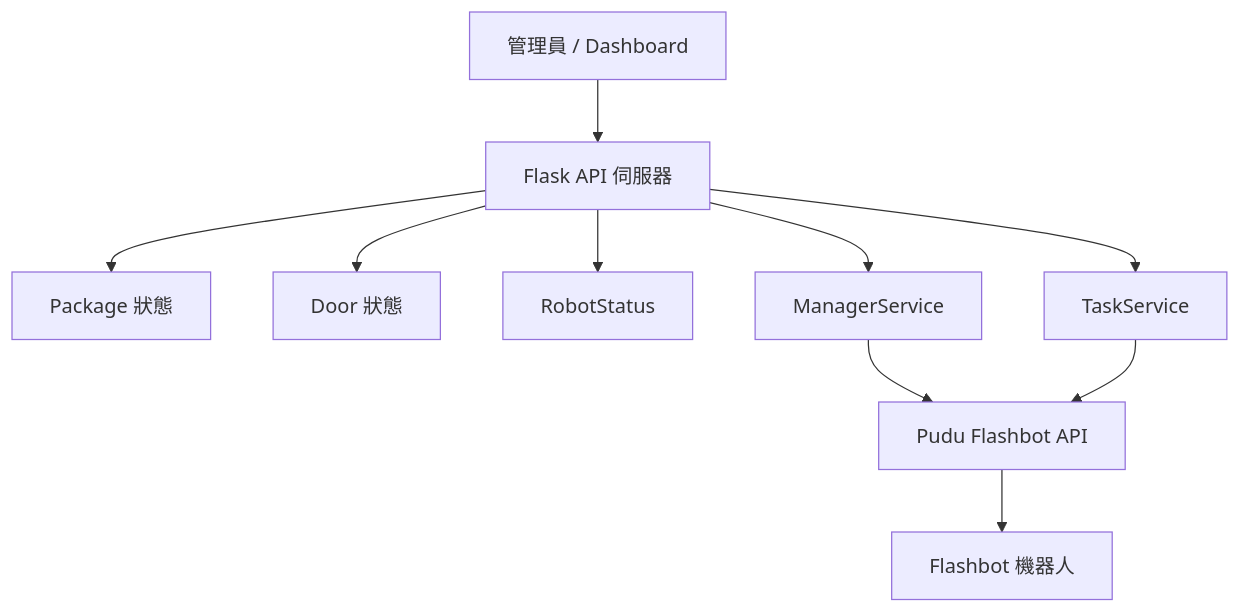
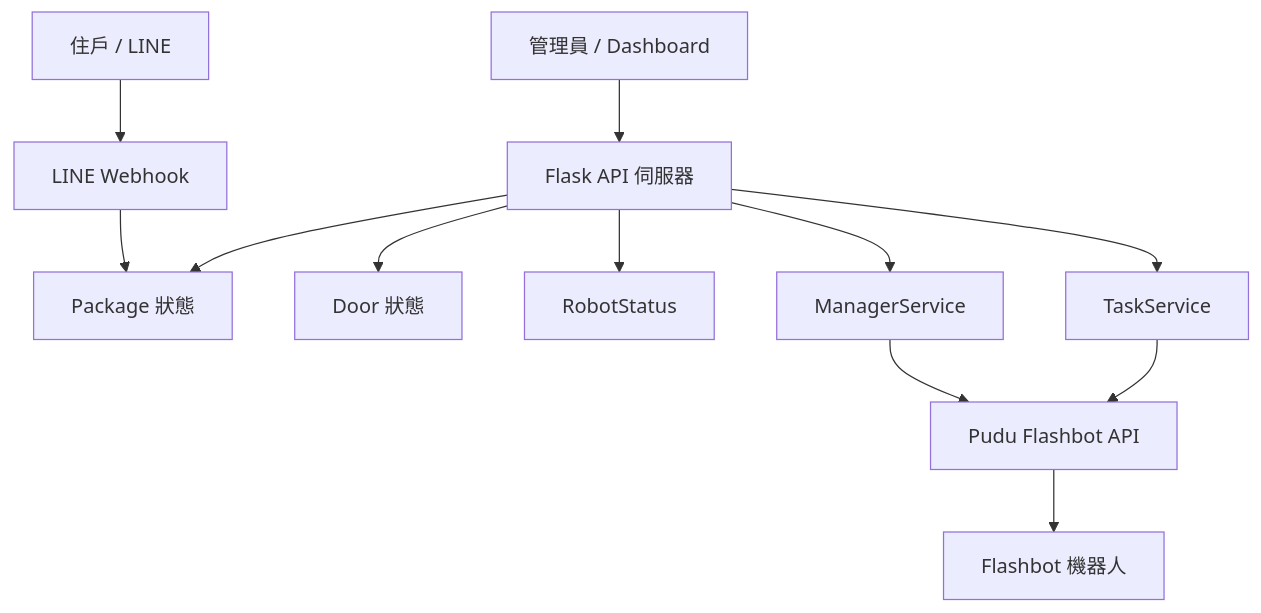
Before and after one commit to Liao-YuSheng/Aurobox: the first of 2 diagrams in README.md, drawn with Mermaid. The commit also changed other lines of this file and 7 other files, not shown here.

````diff
--- a/README.md
+++ b/README.md
@@ -18,12 +18,14 @@
 ```mermaid
 flowchart TB
 	Operator[管理員 / Dashboard] --> API[Flask API 伺服器]
+	User[住戶 / LINE] --> Webhook[LINE Webhook]
 	API --> Package[Package 狀態]
 	API --> Door[Door 狀態]
 	API --> Robot[RobotStatus]
 	API --> Manager[ManagerService]
 	API --> Tasks[TaskService]
+	Webhook --> Package
 	Manager --> Pudu[Pudu Flashbot API]
 	Tasks --> Pudu
 	Pudu --> RobotHW[Flashbot 機器人]
 ```
````
